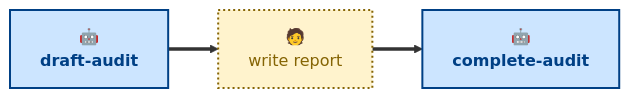
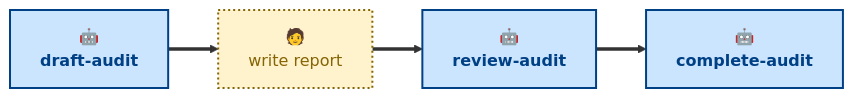
Before and after one commit to kieranpotts/audits: the diagram in .agents/skills/README.md, drawn with Mermaid. The commit also changed other lines of this file and 7 other files, not shown here.

````diff
--- a/.agents/skills/README.md
+++ b/.agents/skills/README.md
@@ -17,13 +22,15 @@
 ```mermaid
 flowchart LR
   draft["🤖<br/><b>draft-audit</b>"]:::agentic
   write["🧑<br/>write report"]:::anthropic
+  review["🤖<br/><b>review-audit</b>"]:::agentic
   complete["🤖<br/><b>complete-audit</b>"]:::agentic
 
   draft ==> write
-  write ==> complete
+  write ==> review
+  review ==> complete
 
   classDef agentic fill:#cce5ff,stroke:#004085,color:#004085,stroke-width:2px
   classDef scripted fill:#e2e3e5,stroke:#4b5157,color:#383d41,stroke-width:2px
   classDef anthropic fill:#fff3cd,stroke:#856404,color:#856404,stroke-width:2px,stroke-dasharray:2 3
 ```
````
